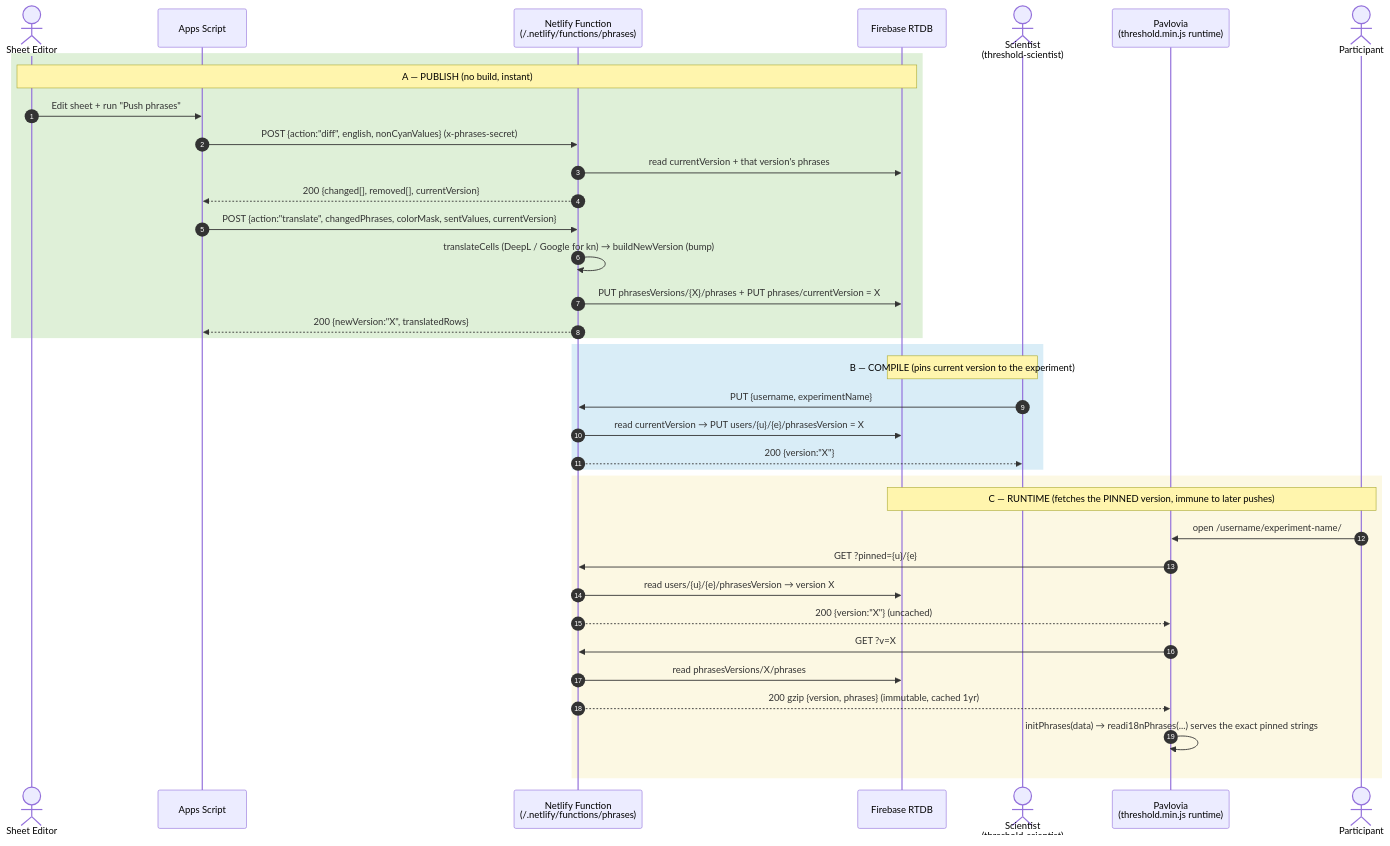
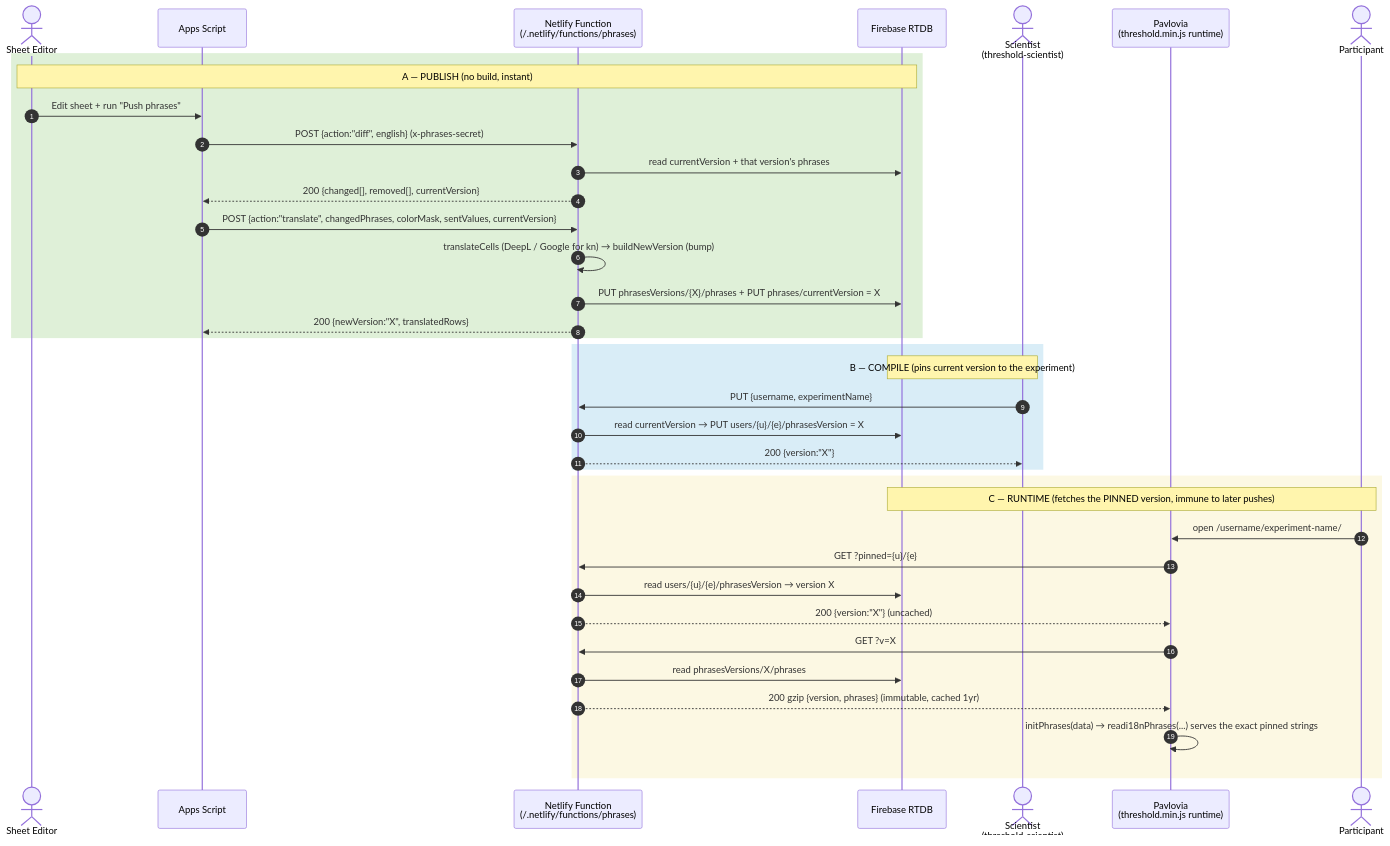
Before and after one commit to EasyEyes/website: the first of 4 diagrams in notes/PHRASES_VERSIONED_API_ARCHITECTURE.md, drawn with Mermaid. The commit also changed other lines of this file and 2 other files, not shown here.

````diff
--- a/notes/PHRASES_VERSIONED_API_ARCHITECTURE.md
+++ b/notes/PHRASES_VERSIONED_API_ARCHITECTURE.md
@@ -51,42 +51,42 @@
 ```mermaid
 sequenceDiagram
     autonumber
     actor Editor as Sheet Editor
     participant AS as Apps Script
     participant Fn as Netlify Function<br/>(/.netlify/functions/phrases)
     participant FB as Firebase RTDB
     actor Sci as Scientist<br/>(threshold-scientist)
     participant Pav as Pavlovia<br/>(threshold.min.js runtime)
     actor P as Participant
 
     rect rgb(223, 240, 216)
     note over Editor,FB: A — PUBLISH (no build, instant)
     Editor->>AS: Edit sheet + run "Push phrases"
-    AS->>Fn: POST {action:"diff", english, nonCyanValues} (x-phrases-secret)
+    AS->>Fn: POST {action:"diff", english} (x-phrases-secret)
     Fn->>FB: read currentVersion + that version's phrases
     Fn-->>AS: 200 {changed[], removed[], currentVersion}
     AS->>Fn: POST {action:"translate", changedPhrases, colorMask, sentValues, currentVersion}
     Fn->>Fn: translateCells (DeepL / Google for kn) → buildNewVersion (bump)
     Fn->>FB: PUT phrasesVersions/{X}/phrases + PUT phrases/currentVersion = X
     Fn-->>AS: 200 {newVersion:"X", translatedRows}
     end
 
     rect rgb(217, 237, 247)
     note over Sci,FB: B — COMPILE (pins current version to the experiment)
     Sci->>Fn: PUT {username, experimentName}
     Fn->>FB: read currentVersion → PUT users/{u}/{e}/phrasesVersion = X
     Fn-->>Sci: 200 {version:"X"}
     end
 
     rect rgb(252, 248, 227)
     note over P,FB: C — RUNTIME (fetches the PINNED version, immune to later pushes)
     P->>Pav: open /username/experiment-name/
     Pav->>Fn: GET ?pinned={u}/{e}
     Fn->>FB: read users/{u}/{e}/phrasesVersion → version X
     Fn-->>Pav: 200 {version:"X"}  (uncached)
     Pav->>Fn: GET ?v=X
     Fn->>FB: read phrasesVersions/X/phrases
     Fn-->>Pav: 200 gzip {version, phrases}  (immutable, cached 1yr)
     Pav->>Pav: initPhrases(data) → readi18nPhrases(...) serves the exact pinned strings
     end
 ```
````
